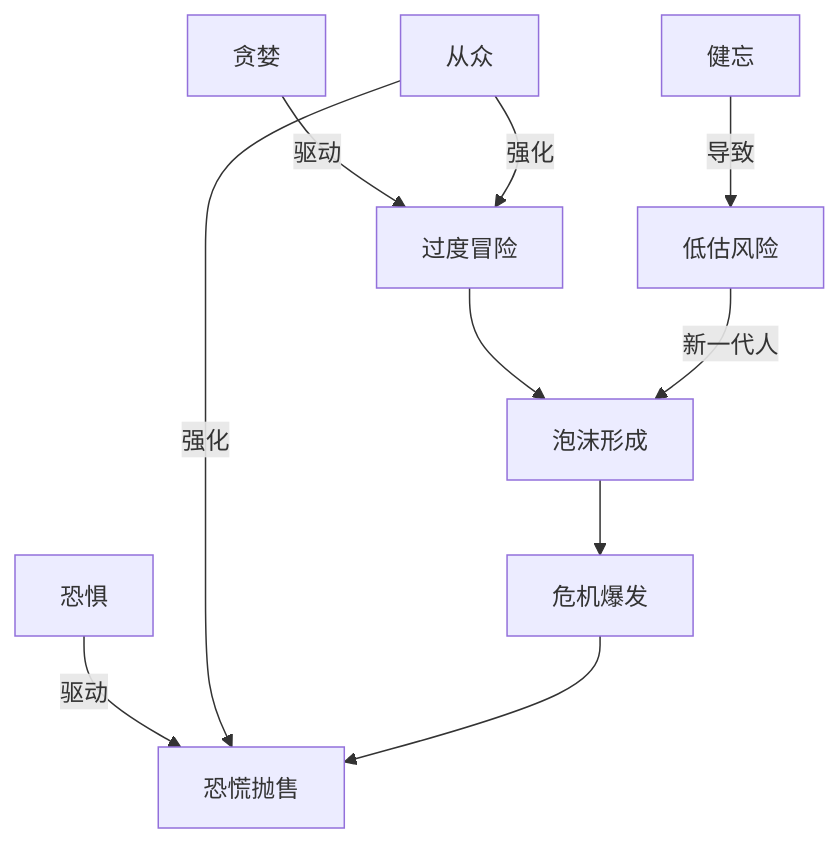
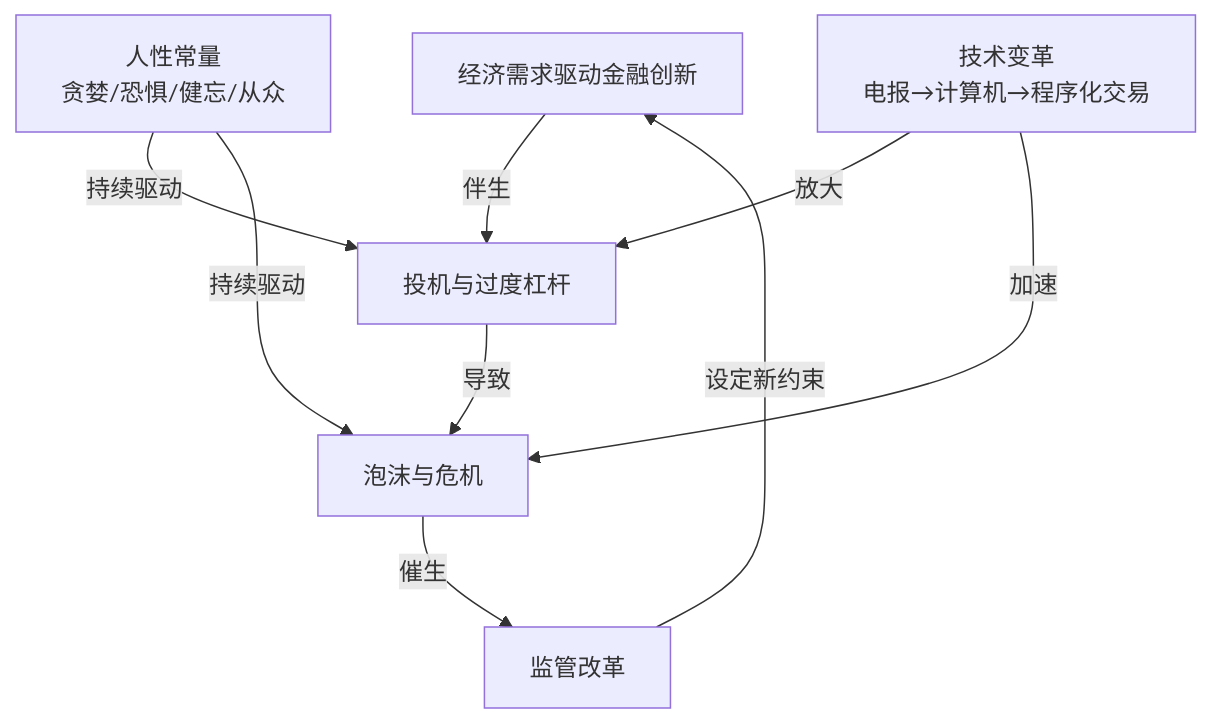
Before and after one commit to xdawayer/obsidian: the second of 2 diagrams in 知识库/历史类/《伟大的博弈》 - 约翰·S·戈登.md, drawn with Mermaid. The commit also changed other lines of this file and 42 other files, not shown here.

````diff
--- a/知识库/历史类/《伟大的博弈》 - 约翰·S·戈登.md
+++ b/知识库/历史类/《伟大的博弈》 - 约翰·S·戈登.md
@@ -259,12 +204,13 @@
 ```mermaid
 graph TD
-    A[贪婪] -->|驱动| B[过度冒险]
-    C[恐惧] -->|驱动| D[恐慌抛售]
-    E[健忘] -->|导致| F[低估风险]
-    G[从众] -->|强化| B
-    G -->|强化| D
-    B --> H[泡沫形成]
-    H --> I[危机爆发]
-    I --> D
-    F -->|新一代人| H
+    A[经济需求驱动金融创新] -->|伴生| B[投机与过度杠杆]
+    B -->|导致| C[泡沫与危机]
+    C -->|催生| D[监管改革]
+    D -->|设定新约束| A
+
+    E[人性常量<br/>贪婪/恐惧/健忘/从众] -->|持续驱动| B
+    E -->|持续驱动| C
+
+    F[技术变革<br/>电报→计算机→程序化交易] -->|放大| B
+    F -->|加速| C
 ```
````
